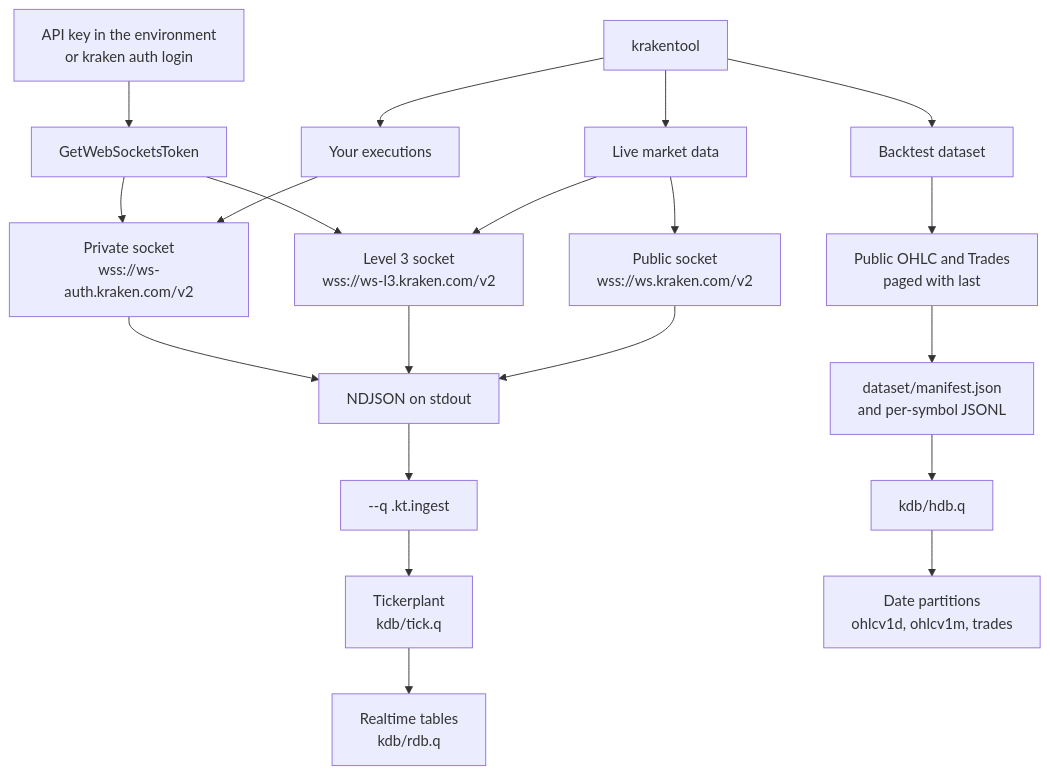
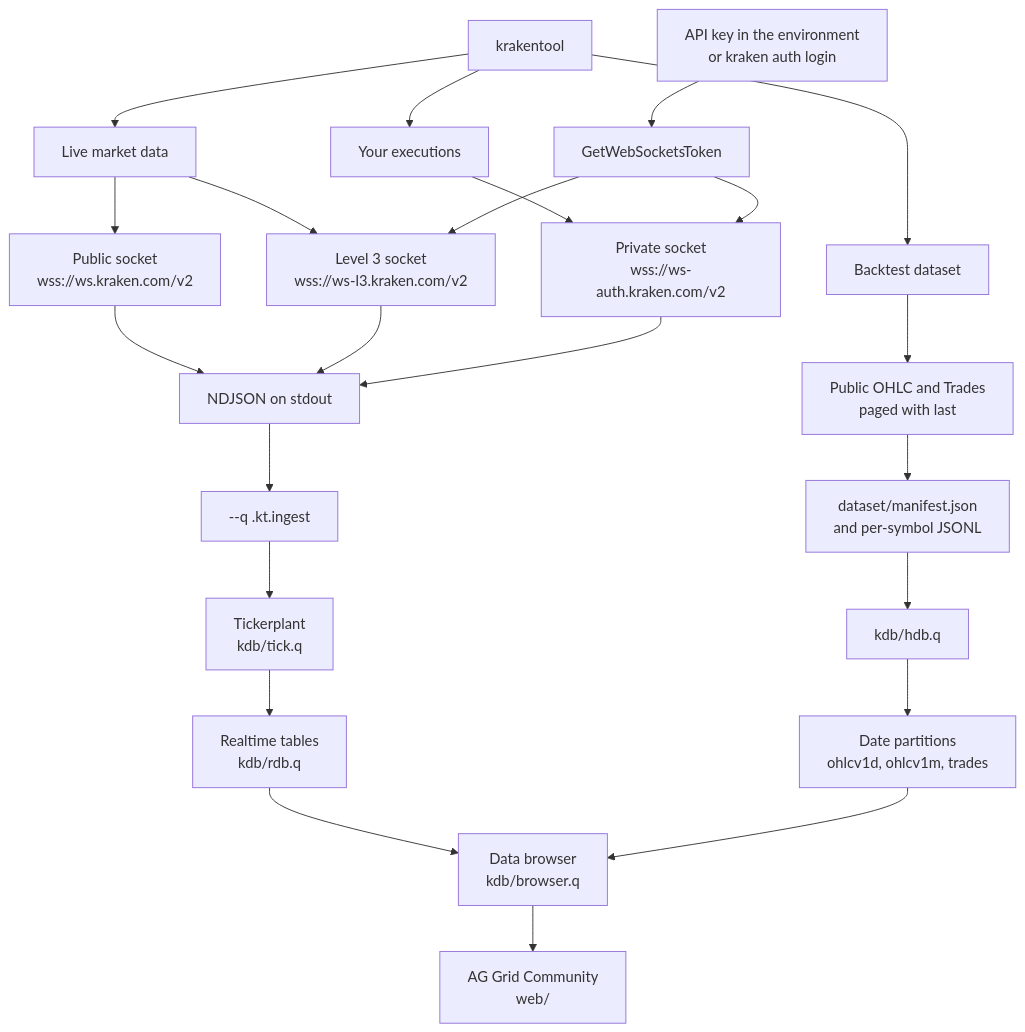
One commit to aifintech-do/krakentool changed the first of 4 diagrams in docs/FEATURES.md. Above: the diagram before and after it, drawn with Mermaid. The commit also changed other lines of this file and 14 other files, not shown here.

Commit message:
Add a kdb data browser so tables can be read in AG Grid.

````diff
--- a/docs/FEATURES.md
+++ b/docs/FEATURES.md
@@ -79,26 +81,29 @@
 ```mermaid
 flowchart TD
   cli["krakentool"]
   cli --> stream["Live market data"]
   cli --> history["Your executions"]
   cli --> dataset["Backtest dataset"]
 
   stream --> pub["Public socket<br/>wss://ws.kraken.com/v2"]
   stream --> l3["Level 3 socket<br/>wss://ws-l3.kraken.com/v2"]
   history --> auth["Private socket<br/>wss://ws-auth.kraken.com/v2"]
   dataset --> rest["Public OHLC and Trades<br/>paged with last"]
 
   pub --> out["NDJSON on stdout"]
   l3 --> out
   auth --> out
   out --> qpub["--q  .kt.ingest"]
   qpub --> tp["Tickerplant<br/>kdb/tick.q"]
   tp --> rdb["Realtime tables<br/>kdb/rdb.q"]
   rest --> files["dataset/manifest.json<br/>and per-symbol JSONL"]
   files --> hdb["kdb/hdb.q"]
   hdb --> hfiles["Date partitions<br/>ohlcv1d, ohlcv1m, trades"]
+  rdb --> browser["Data browser<br/>kdb/browser.q"]
+  hfiles --> browser
+  browser --> page["AG Grid Community<br/>web/"]
 
   creds["API key in the environment<br/>or kraken auth login"] --> token["GetWebSocketsToken"]
   token --> l3
   token --> auth
 ```
````
